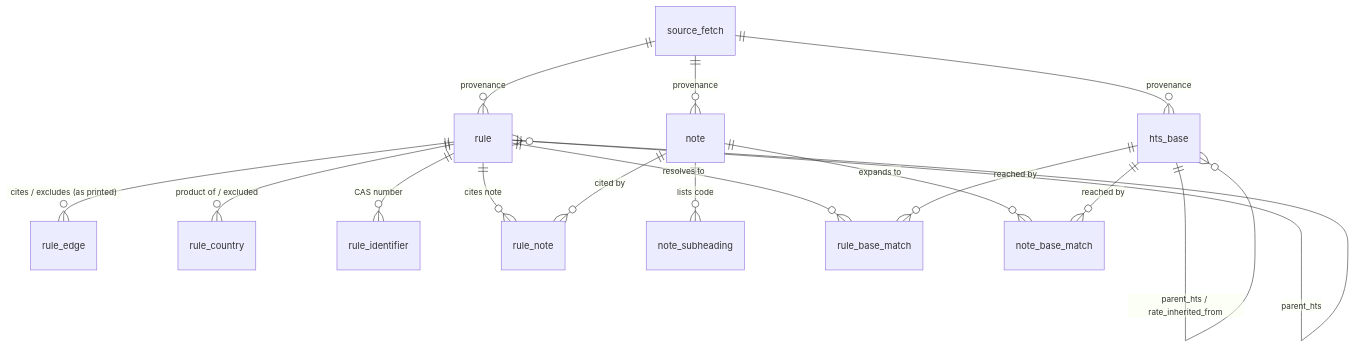
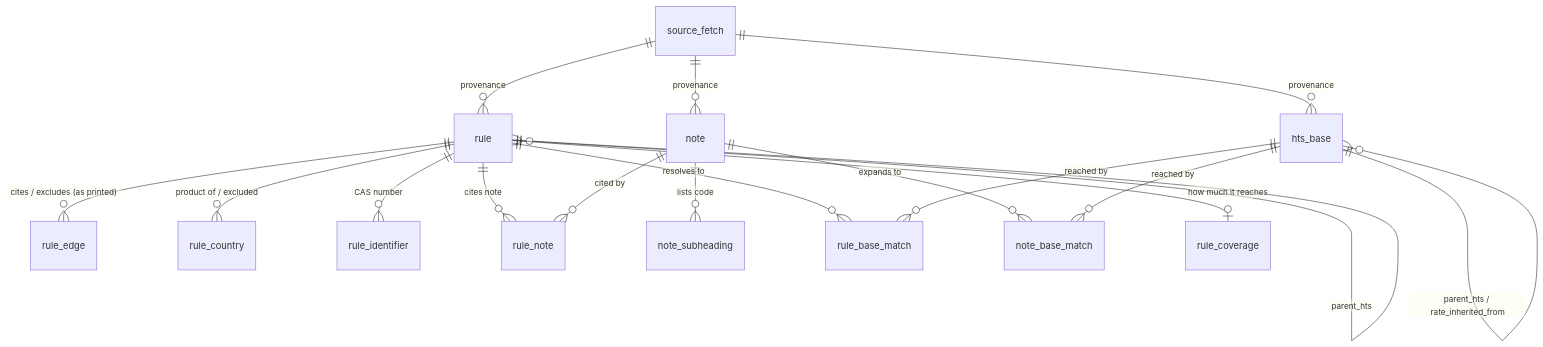
Before and after one commit to FULINA41/CH99_PAX: the diagram in docs/SCHEMA.md, drawn with Mermaid. The commit also changed other lines of this file and 4 other files, not shown here.

````diff
--- a/docs/SCHEMA.md
+++ b/docs/SCHEMA.md
@@ -46,21 +55,23 @@
 ```mermaid
 erDiagram
     source_fetch    ||--o{ hts_base        : "provenance"
     source_fetch    ||--o{ rule            : "provenance"
     source_fetch    ||--o{ note            : "provenance"
 
     hts_base        ||--o{ hts_base        : "parent_hts / rate_inherited_from"
     rule            ||--o{ rule            : "parent_hts"
 
     rule            ||--o{ rule_edge       : "cites / excludes (as printed)"
     rule            ||--o{ rule_country    : "product of / excluded"
     rule            ||--o{ rule_identifier : "CAS number"
     rule            ||--o{ rule_note       : "cites note"
     note            ||--o{ rule_note       : "cited by"
     note            ||--o{ note_subheading : "lists code"
 
     rule            ||--o{ rule_base_match : "resolves to"
     hts_base        ||--o{ rule_base_match : "reached by"
     note            ||--o{ note_base_match : "expands to"
     hts_base        ||--o{ note_base_match : "reached by"
+
+    rule            ||--o| rule_coverage   : "how much it reaches"
 ```
````
